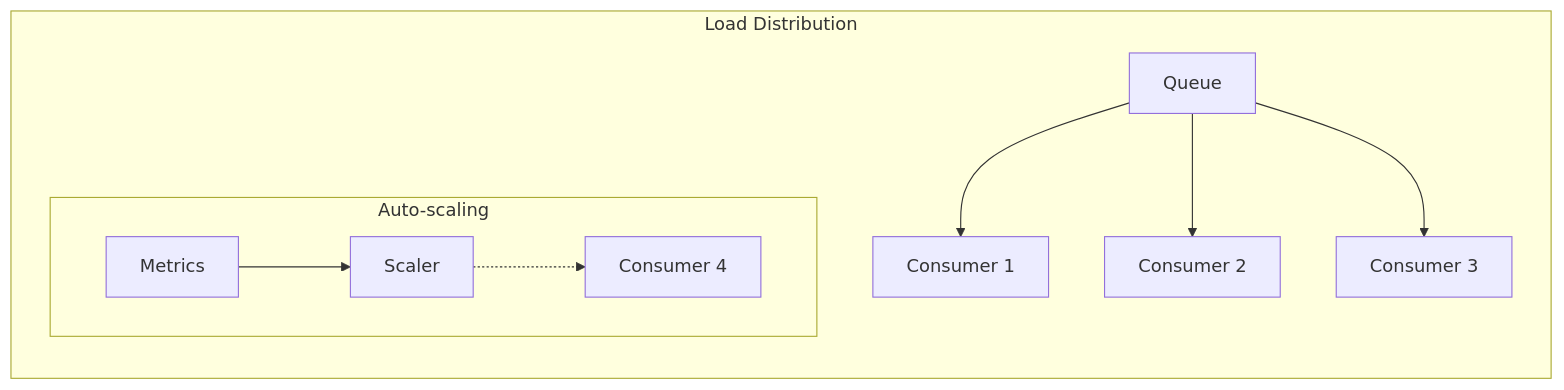
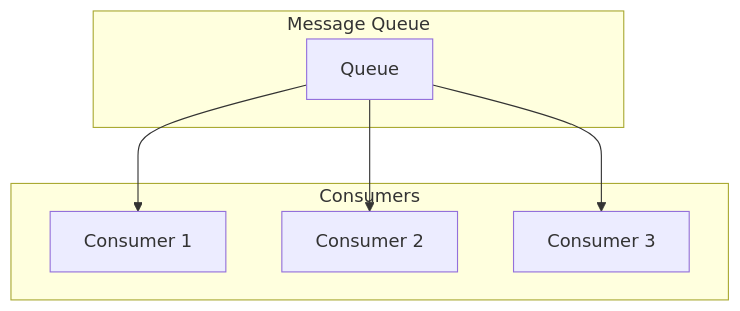
Before and after one commit to saravanakumarrc/Architecture_Journey: the third of 4 diagrams in src/Message_Broker_Architectures.md, drawn with Mermaid. The commit also changed other lines of this file and 2 other files, not shown here.

Commit message:
Refactor documentation for Cloud & Infrastructure and Message Broker Architectures to include detailed links and enhance clarity on patterns and implementations.

````diff
--- a/src/Message_Broker_Architectures.md
+++ b/src/Message_Broker_Architectures.md
@@ -216,16 +248,16 @@
 ```mermaid
 graph TB
-    subgraph "Load Distribution"
-        direction TB
-        
-        Q[Queue] --> C1[Consumer 1]
-        Q --> C2[Consumer 2]
-        Q --> C3[Consumer 3]
-        
-        subgraph "Auto-scaling"
-            M[Metrics]
-            M --> S[Scaler]
-            S -.-> C4[Consumer 4]
-        end
+    subgraph "Message Queue"
+        Q[Queue]
     end
+    
+    subgraph "Consumers"
+        C1[Consumer 1]
+        C2[Consumer 2]
+        C3[Consumer 3]
+    end
+    
+    Q --> C1
+    Q --> C2
+    Q --> C3
 ```
````
